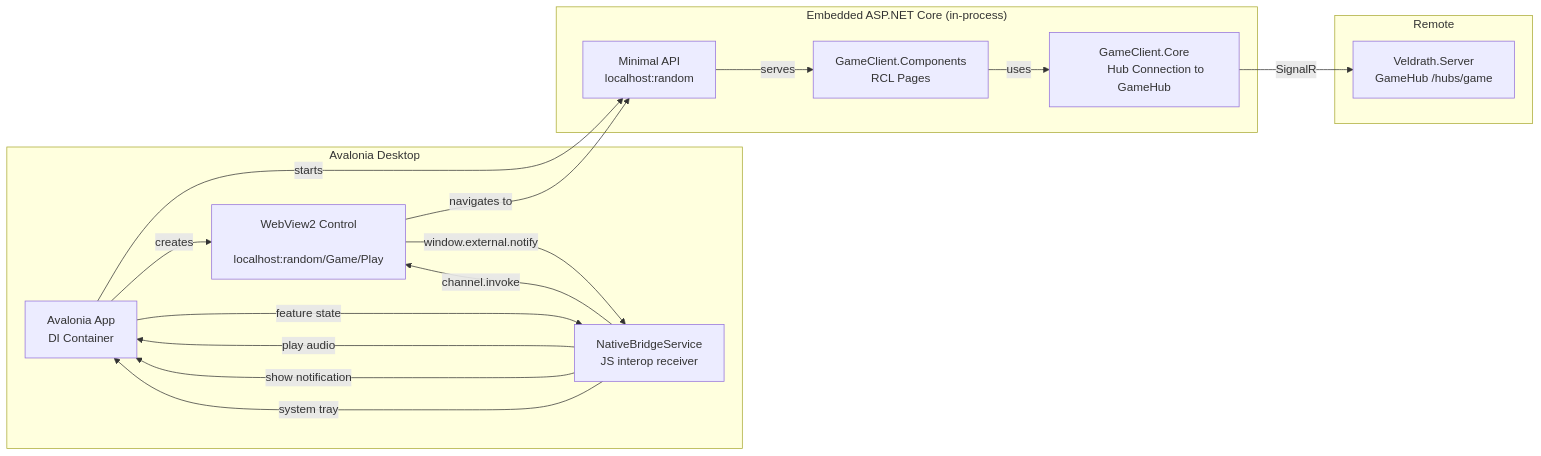
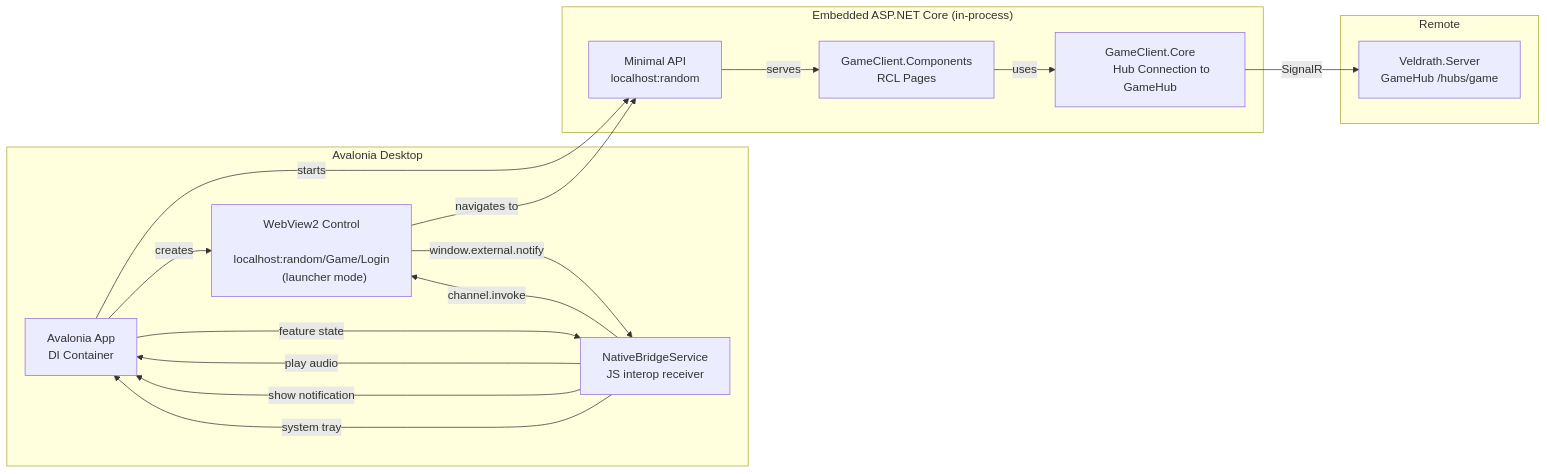
Before and after one commit to KungRaseri/Veldrath: the third of 4 diagrams in plans/game-client-unification-plan.md, drawn with Mermaid. The commit also changed other lines of this file, not shown here.

First line of the commit message:
docs(game-client-unification-plan): finalize plan with launcher flow and decision records

````diff
--- a/plans/game-client-unification-plan.md
+++ b/plans/game-client-unification-plan.md
@@ -525,40 +525,41 @@
 ```mermaid
 flowchart LR
     subgraph "Avalonia Desktop"
         NativeApp["Avalonia App
         DI Container"]
         WebView2["WebView2 Control
-        localhost:random/Game/Play"]
+        localhost:random/Game/Login
+        (launcher mode)"]
         Bridge["NativeBridgeService
         JS interop receiver"]
     end
 
     subgraph "Embedded ASP.NET Core (in-process)"
         MiniServer["Minimal API
         localhost:random"]
         RCL["GameClient.Components
         RCL Pages"]
         Conn["GameClient.Core
         Hub Connection to GameHub"]
     end
 
     subgraph "Remote"
         GameHub["Veldrath.Server
         GameHub /hubs/game"]
     end
 
     NativeApp -->|starts| MiniServer
     NativeApp -->|creates| WebView2
     WebView2 -->|navigates to| MiniServer
     MiniServer -->|serves| RCL
     RCL -->|uses| Conn
     Conn -->|SignalR| GameHub
     
     WebView2 -->|window.external.notify| Bridge
     Bridge -->|play audio| NativeApp
     Bridge -->|show notification| NativeApp
     Bridge -->|system tray| NativeApp
     
     NativeApp -->|feature state| Bridge
     Bridge -->|channel.invoke| WebView2
 ```
````
